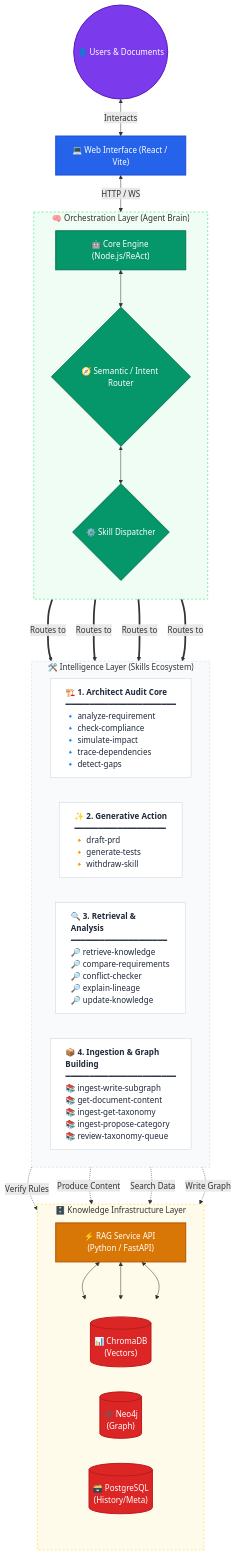
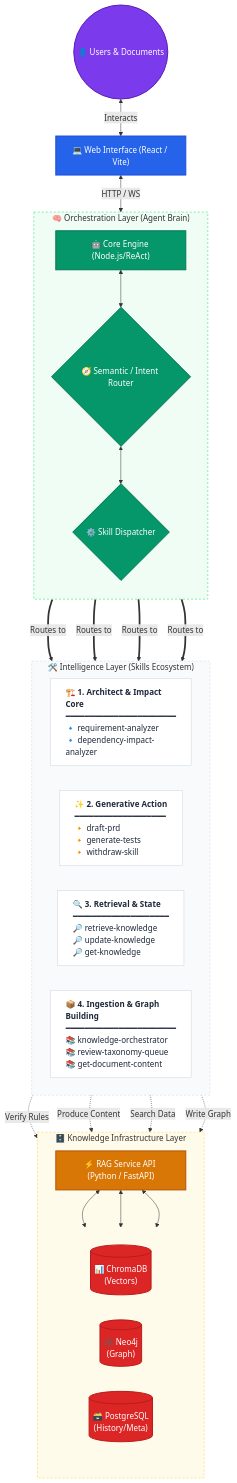
One commit to danugot/nexis changed the diagram in README.md. Above: the diagram before and after it, drawn with Mermaid. The commit also changed other lines of this file and 20 other files, not shown here.

````diff
--- a/README.md
+++ b/README.md
@@ -25,68 +25,68 @@
 ```mermaid
 flowchart TB
     %% Colors and Styles
     classDef client fill:#7c3aed,stroke:#5b21b6,stroke-width:2px,color:#fff
     classDef system fill:#2563eb,stroke:#1d4ed8,stroke-width:2px,color:#fff
     classDef agent fill:#059669,stroke:#047857,stroke-width:2px,color:#fff
     classDef skill fill:#ffffff,stroke:#cbd5e1,stroke-width:1px,color:#1e293b,text-align:left
     classDef backend fill:#d97706,stroke:#b45309,stroke-width:2px,color:#fff
     classDef storage fill:#dc2626,stroke:#b91c1c,stroke-width:2px,color:#fff
 
     User(("👤 Users & Documents")):::client
     UI["💻 Web Interface (React / Vite)"]:::system
 
     subgraph AgentLayer ["🧠 Orchestration Layer (Agent Brain)"]
         direction TB
         Brain["🤖 Core Engine (Node.js/ReAct)"]:::agent
         Router{"🧭 Semantic / Intent Router"}:::agent
         Dispatcher{"⚙️ Skill Dispatcher"}:::agent
         Brain <--> Router
         Router <--> Dispatcher
     end
 
     subgraph SkillsLayer ["🛠️ Intelligence Layer (Skills Ecosystem)"]
         direction LR
-        S_Audit["<b>🏗️ 1. Architect Audit Core</b><br/>━━━━━━━━━━━━━━━━━━━━━━━<br/>🔹 analyze-requirement<br/>🔹 check-compliance<br/>🔹 simulate-impact<br/>🔹 trace-dependencies<br/>🔹 detect-gaps"]:::skill
+        S_Audit["<b>🏗️ 1. Architect & Impact Core</b><br/>━━━━━━━━━━━━━━━━━━━━━━━<br/>🔹 requirement-analyzer<br/>🔹 dependency-impact-analyzer"]:::skill
         
         S_Gen["<b>✨ 2. Generative Action</b><br/>━━━━━━━━━━━━━━━━━━━<br/>🔸 draft-prd<br/>🔸 generate-tests<br/>🔸 withdraw-skill"]:::skill
         
-        S_Anal["<b>🔍 3. Retrieval & Analysis</b><br/>━━━━━━━━━━━━━━━━━━━━<br/>🔎 retrieve-knowledge<br/>🔎 compare-requirements<br/>🔎 conflict-checker<br/>🔎 explain-lineage<br/>🔎 update-knowledge"]:::skill
+        S_Anal["<b>🔍 3. Retrieval & State</b><br/>━━━━━━━━━━━━━━━━━━━━<br/>🔎 retrieve-knowledge<br/>🔎 update-knowledge<br/>🔎 get-knowledge"]:::skill
         
-        S_Ingest["<b>📦 4. Ingestion & Graph Building</b><br/>━━━━━━━━━━━━━━━━━━━━━━━<br/>📚 ingest-write-subgraph<br/>📚 get-document-content<br/>📚 ingest-get-taxonomy<br/>📚 ingest-propose-category<br/>📚 review-taxonomy-queue"]:::skill
+        S_Ingest["<b>📦 4. Ingestion & Graph Building</b><br/>━━━━━━━━━━━━━━━━━━━━━━━<br/>📚 knowledge-orchestrator<br/>📚 review-taxonomy-queue<br/>📚 get-document-content"]:::skill
     end
 
     subgraph InfraLayer ["🗄️ Knowledge Infrastructure Layer"]
         direction TB
         RAG["⚡ RAG Service API (Python / FastAPI)"]:::backend
         
         subgraph DBs [" "]
             direction LR
             VDB[("📊 ChromaDB<br/>(Vectors)")]:::storage
             GDB[("🕸️ Neo4j<br/>(Graph)")]:::storage
             RDB[("🗃️ PostgreSQL<br/>(History/Meta)")]:::storage
         end
         RAG <--> VDB
         RAG <--> GDB
         RAG <--> RDB
     end
 
     %% Flow Definitions
     User <-->|Interacts| UI
     UI <-->|HTTP / WS| Brain
     
     Dispatcher ===>|Routes to| S_Audit
     Dispatcher ===>|Routes to| S_Gen
     Dispatcher ===>|Routes to| S_Anal
     Dispatcher ===>|Routes to| S_Ingest
 
     S_Audit -.->|Verify Rules| RAG
     S_Gen -.->|Produce Content| RAG
     S_Anal -.->|Search Data| RAG
     S_Ingest -.->|Write Graph| RAG
 
     %% Custom Subgraph Styles
     style AgentLayer fill:#f0fdf4,stroke:#86efac,stroke-width:2px,stroke-dasharray: 4
     style SkillsLayer fill:#f8fafc,stroke:#e2e8f0,stroke-width:2px,stroke-dasharray: 4
     style InfraLayer fill:#fffbeb,stroke:#fde68a,stroke-width:2px,stroke-dasharray: 4
     style DBs fill:transparent,stroke:none
 ```
````
